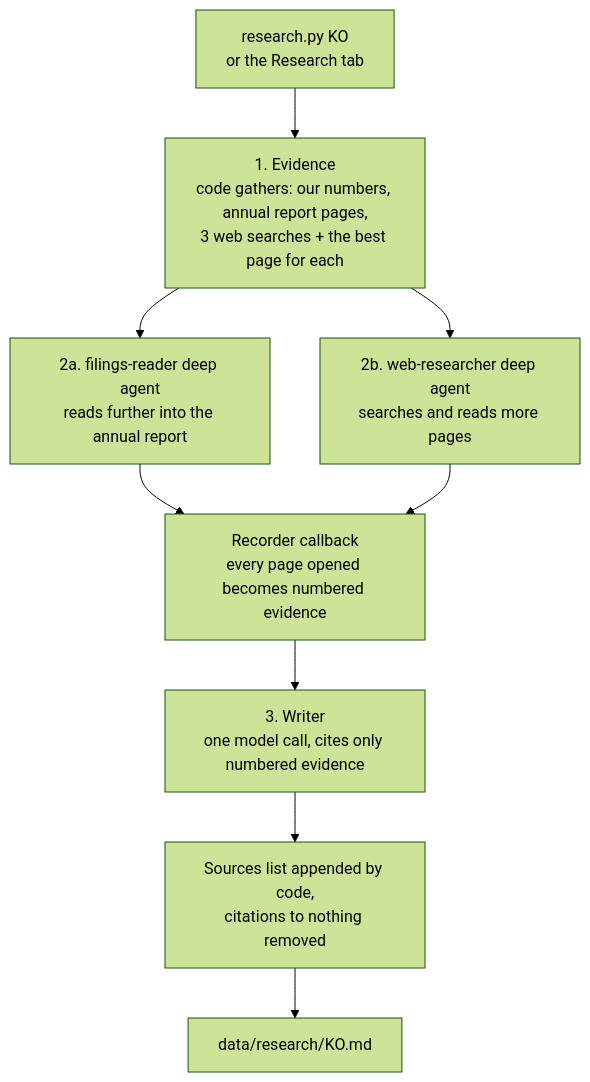
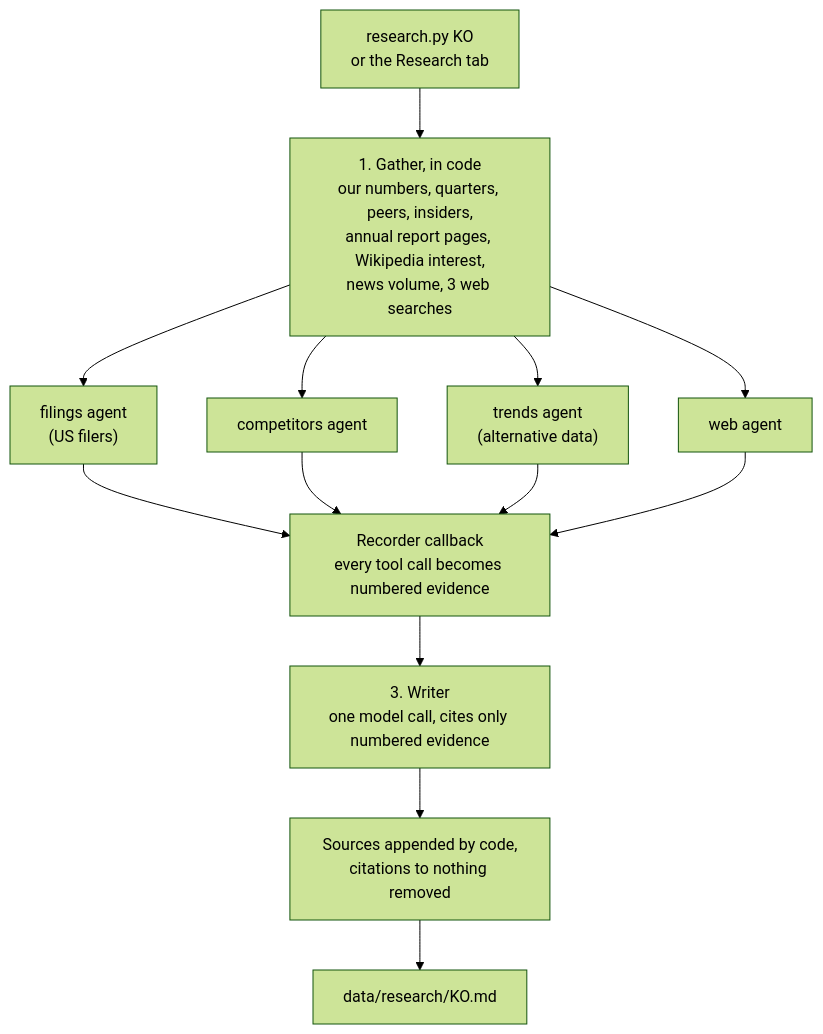
Before and after one commit to Jkovv/value_investor: the diagram in docs/07-research-agents.md, drawn with Mermaid (forest theme). The commit also changed other lines of this file and 59 other files, not shown here.

Commit message:
quarters, peers, insiders, portfolio, track record and questions

````diff
--- a/docs/07-research-agents.md
+++ b/docs/07-research-agents.md
@@ -8,11 +9,15 @@
 ```mermaid
 flowchart TD
-    U["research.py KO<br/>or the Research tab"] --> G["1. Evidence<br/>code gathers: our numbers, annual report pages,<br/>3 web searches + the best page for each"]
-    G --> F["2a. filings-reader deep agent<br/>reads further into the annual report"]
-    G --> W["2b. web-researcher deep agent<br/>searches and reads more pages"]
-    F --> R["Recorder callback<br/>every page opened becomes numbered evidence"]
+    U["research.py KO<br/>or the Research tab"] --> G["1. Gather, in code<br/>our numbers, quarters, peers, insiders,<br/>annual report pages, Wikipedia interest,<br/>news volume, 3 web searches"]
+    G --> F["filings agent<br/>(US filers)"]
+    G --> C["competitors agent"]
+    G --> T["trends agent<br/>(alternative data)"]
+    G --> W["web agent"]
+    F --> R["Recorder callback<br/>every tool call becomes numbered evidence"]
+    C --> R
+    T --> R
     W --> R
     R --> X["3. Writer<br/>one model call, cites only numbered evidence"]
-    X --> S["Sources list appended by code,<br/>citations to nothing removed"]
+    X --> S["Sources appended by code,<br/>citations to nothing removed"]
     S --> D["data/research/KO.md"]
 ```
````
